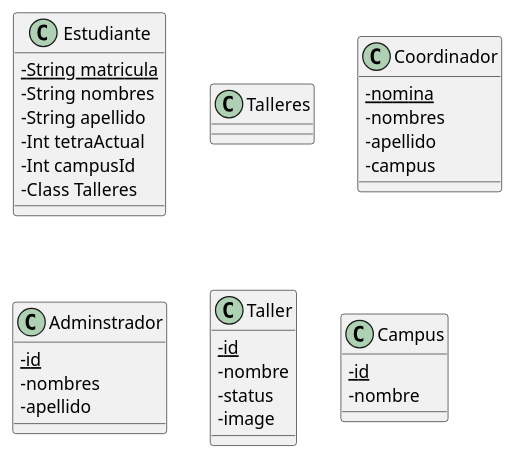
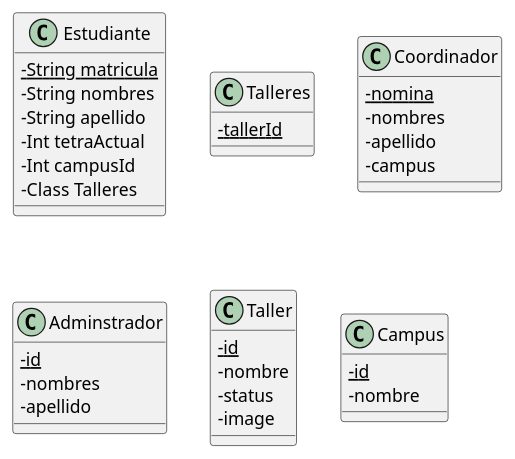
Before and after one commit to facund015/codeRelatedObsidianNotes: the diagram in Reto/Base de datos.md, drawn with PlantUML.

Commit message:
vault backup: 2021-10-12 12:15:04

````diff
--- a/Reto/Base de datos.md
+++ b/Reto/Base de datos.md
@@ -2,43 +2,43 @@
 ```plantuml
 @startuml
 skinparam classAttributeIconSize 0
 class Estudiante {
 	{static} - String matricula
 	-String nombres
 	-String apellido
 	-Int tetraActual
 	-Int campusId
 	-Class Talleres
 }
 
 class Talleres {
-	
+	{static} -tallerId
 }
 
 class Coordinador {
 	{static} -nomina
 	-nombres
 	-apellido
 	-campus
 }
 
 class Adminstrador {
 	{static} -id
 	-nombres
 	-apellido
 }
 
 class Taller {
     {static} - id 
     - nombre
     - status
     - image
 }
 
 class Campus {
 	{static} -id
 	-nombre
 }
 
 @enduml
 ```
````
